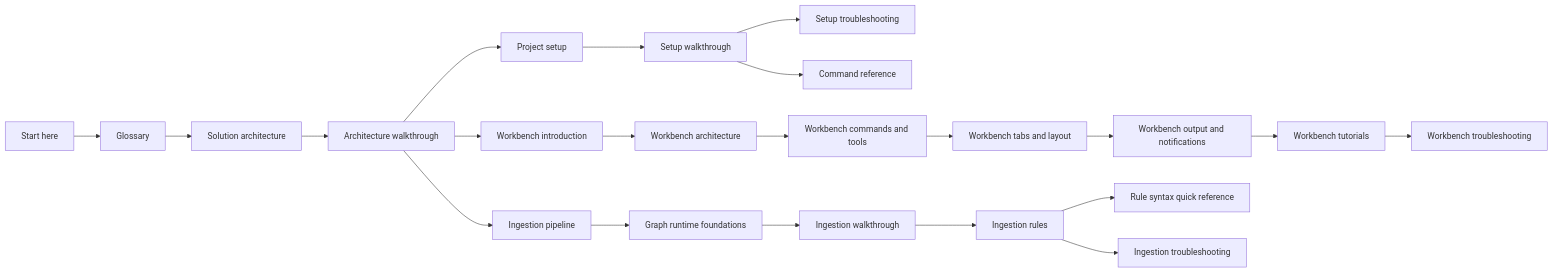
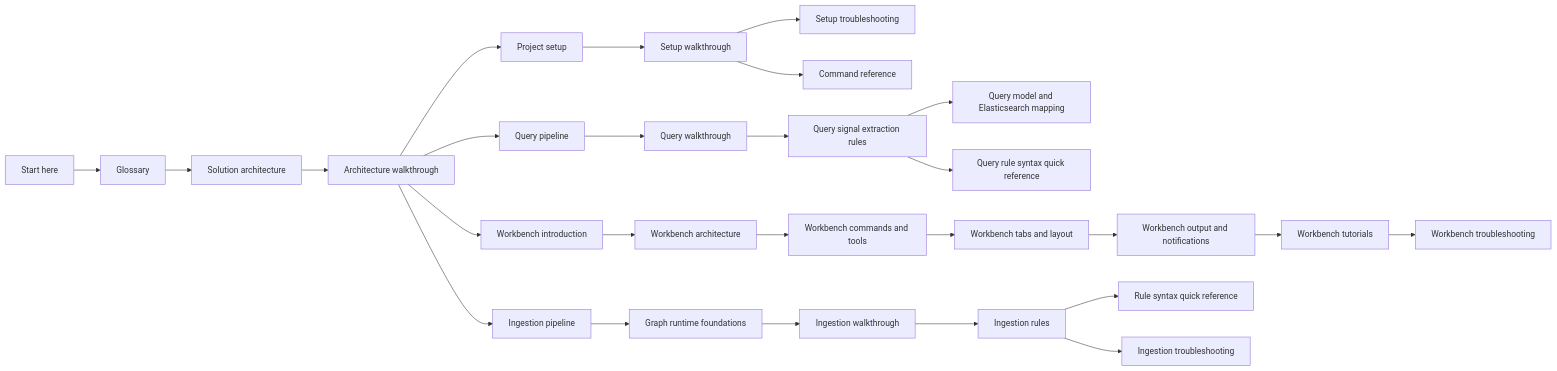
The diagram in wiki/Home.md (UKHO/UKHO.ADDS.Search), drawn with Mermaid before and after one commit. The commit also changed other lines of this file and 124 other files, not shown here.

````diff
--- a/wiki/Home.md
+++ b/wiki/Home.md
@@ -18,23 +20,28 @@
 ```mermaid
 flowchart LR
     Start[Start here] --> Glossary[Glossary]
     Glossary --> Architecture[Solution architecture]
     Architecture --> Walkthrough[Architecture walkthrough]
     Walkthrough --> Setup[Project setup]
     Setup --> SetupWalkthrough[Setup walkthrough]
     SetupWalkthrough --> SetupTroubleshooting[Setup troubleshooting]
     SetupWalkthrough --> CommandReference[Command reference]
     Walkthrough --> Ingestion[Ingestion pipeline]
+    Walkthrough --> Query[Query pipeline]
     Walkthrough --> Workbench[Workbench introduction]
+    Query --> QueryWalkthrough[Query walkthrough]
+    QueryWalkthrough --> QueryRules[Query signal extraction rules]
+    QueryRules --> QueryMapping[Query model and Elasticsearch mapping]
+    QueryRules --> QueryRuleReference[Query rule syntax quick reference]
     Workbench --> WorkbenchArchitecture[Workbench architecture]
     WorkbenchArchitecture --> WorkbenchCommands[Workbench commands and tools]
     WorkbenchCommands --> WorkbenchTabs[Workbench tabs and layout]
     WorkbenchTabs --> WorkbenchOutput[Workbench output and notifications]
     WorkbenchOutput --> WorkbenchTutorials[Workbench tutorials]
     WorkbenchTutorials --> WorkbenchTroubleshooting[Workbench troubleshooting]
     Ingestion --> Runtime[Graph runtime foundations]
     Runtime --> IngestionWalkthrough[Ingestion walkthrough]
     IngestionWalkthrough --> Rules[Ingestion rules]
     Rules --> RuleReference[Rule syntax quick reference]
     Rules --> IngestionTroubleshooting[Ingestion troubleshooting]
 ```
````
